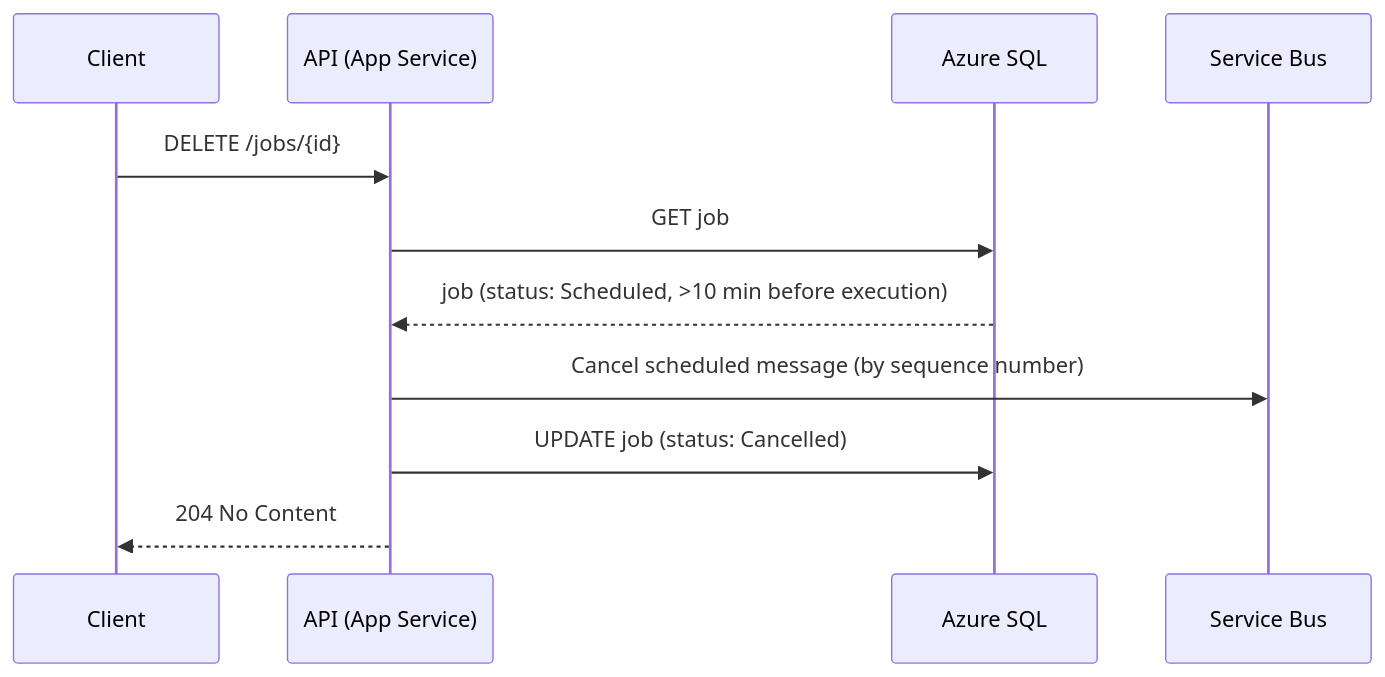
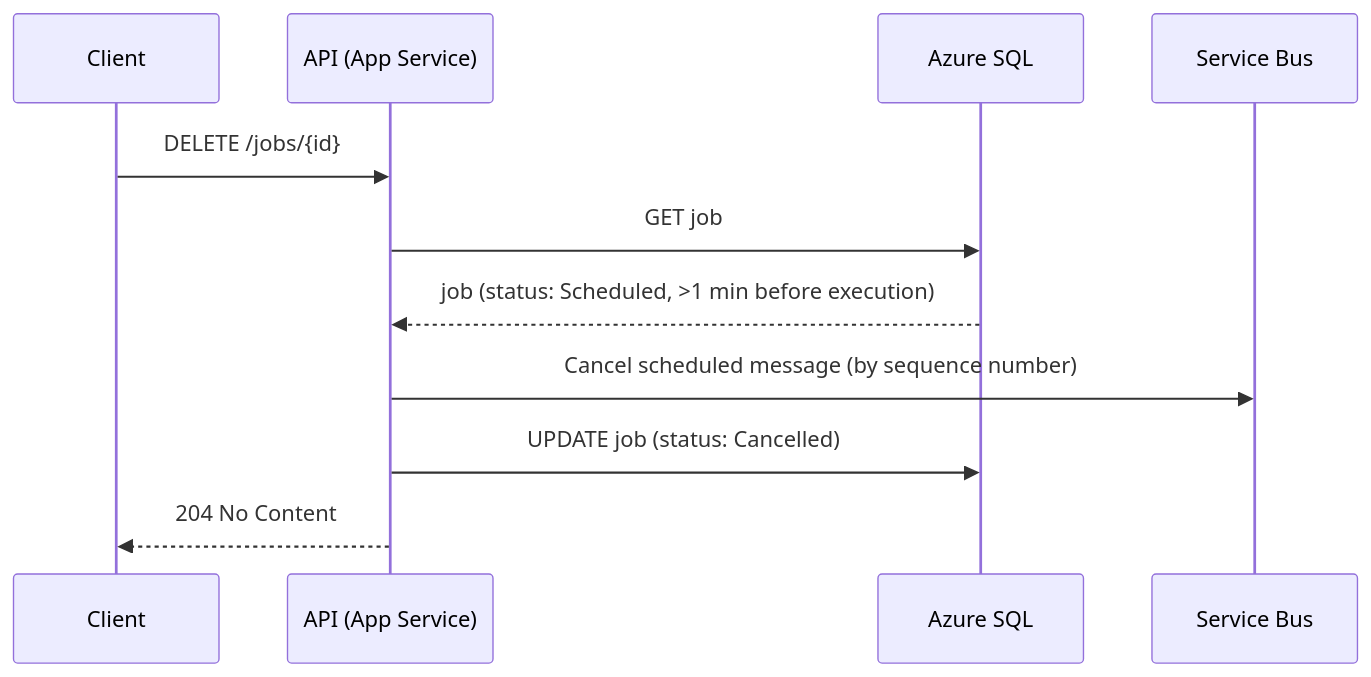
The fourth of 6 diagrams in Docs/sequence-diagrams.md (VictorK1902/Dispatch), drawn with Mermaid before and after one commit. The commit also changed other lines of this file and 6 other files, not shown here.

````diff
--- a/Docs/sequence-diagrams.md
+++ b/Docs/sequence-diagrams.md
@@ -73,14 +73,14 @@
 ```mermaid
 sequenceDiagram
     participant Client
     participant API as API (App Service)
     participant SQL as Azure SQL
     participant SB as Service Bus
 
     Client->>API: DELETE /jobs/{id}
     API->>SQL: GET job
-    SQL-->>API: job (status: Scheduled, >10 min before execution)
+    SQL-->>API: job (status: Scheduled, >1 min before execution)
     API->>SB: Cancel scheduled message (by sequence number)
     API->>SQL: UPDATE job (status: Cancelled)
     API-->>Client: 204 No Content
 ```
````
